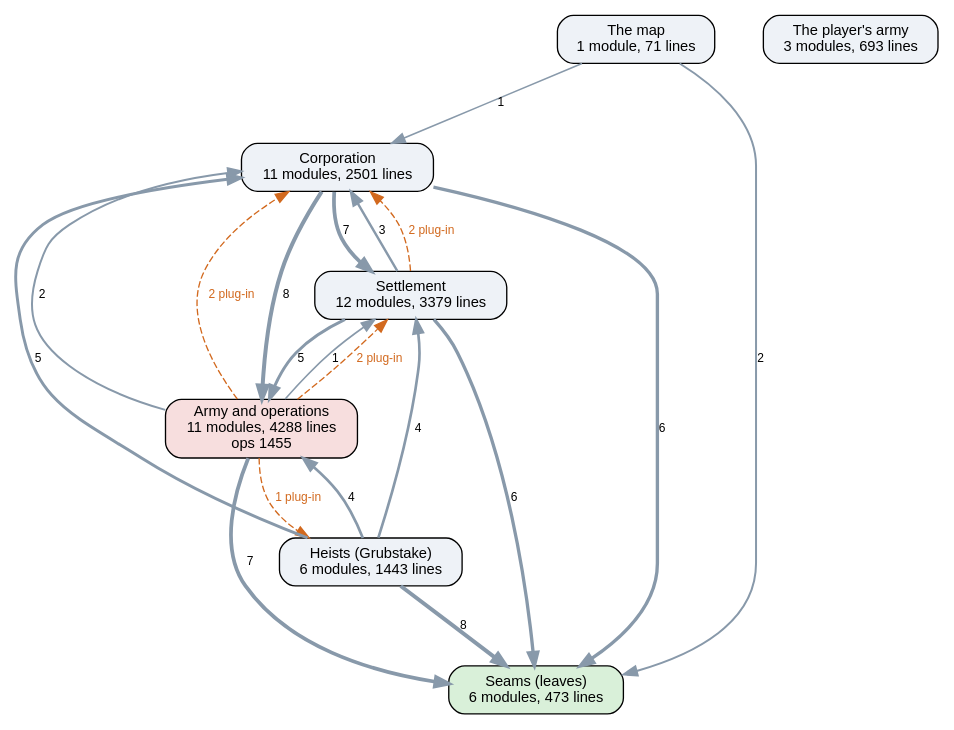
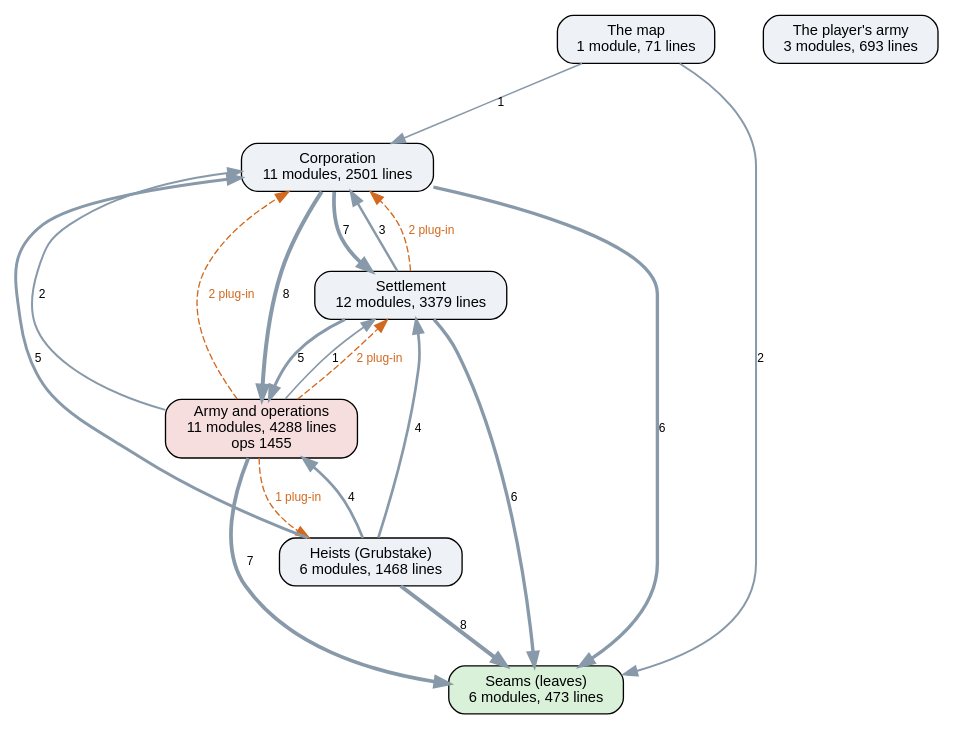
One commit to kinelhu/landing-party changed the diagram in docs/ai-layers.dot. Above: the diagram before and after it, drawn with Graphviz. The commit also changed 7 other files, not shown here.

```diff
--- a/docs/ai-layers.dot
+++ b/docs/ai-layers.dot
@@ -1,31 +1,31 @@
 digraph layers {
   graph [rankdir=TB, fontname="Helvetica", nodesep=0.5, ranksep=0.7];
   node [shape=box, style="rounded,filled", fontname="Helvetica", fontsize=11, fillcolor="#eef2f7"];
   edge [color="#8899aa", fontname="Helvetica", fontsize=9];
   "Seams (leaves)" [label="Seams (leaves)\n6 modules, 473 lines", fillcolor="#d9f0d9"];
   "Corporation" [label="Corporation\n11 modules, 2501 lines", fillcolor="#eef2f7"];
   "Settlement" [label="Settlement\n12 modules, 3379 lines", fillcolor="#eef2f7"];
   "Army and operations" [label="Army and operations\n11 modules, 4288 lines\nops 1455", fillcolor="#f7dede"];
-  "Heists (Grubstake)" [label="Heists (Grubstake)\n6 modules, 1443 lines", fillcolor="#eef2f7"];
+  "Heists (Grubstake)" [label="Heists (Grubstake)\n6 modules, 1468 lines", fillcolor="#eef2f7"];
   "The map" [label="The map\n1 module, 71 lines", fillcolor="#eef2f7"];
   "The player's army" [label="The player's army\n3 modules, 693 lines", fillcolor="#eef2f7"];
   "Army and operations" -> "Corporation" [label="2", penwidth=1.5];
   "Army and operations" -> "Seams (leaves)" [label="7", penwidth=2.8];
   "Army and operations" -> "Settlement" [label="1", penwidth=1.2];
   "Corporation" -> "Army and operations" [label="8", penwidth=3.0];
   "Corporation" -> "Seams (leaves)" [label="6", penwidth=2.5];
   "Corporation" -> "Settlement" [label="7", penwidth=2.8];
   "Heists (Grubstake)" -> "Army and operations" [label="4", penwidth=2.0];
   "Heists (Grubstake)" -> "Corporation" [label="5", penwidth=2.2];
   "Heists (Grubstake)" -> "Seams (leaves)" [label="8", penwidth=3.0];
   "Heists (Grubstake)" -> "Settlement" [label="4", penwidth=2.0];
   "Settlement" -> "Army and operations" [label="5", penwidth=2.2];
   "Settlement" -> "Corporation" [label="3", penwidth=1.8];
   "Settlement" -> "Seams (leaves)" [label="6", penwidth=2.5];
   "The map" -> "Corporation" [label="1", penwidth=1.2];
   "The map" -> "Seams (leaves)" [label="2", penwidth=1.5];
   "Army and operations" -> "Corporation" [style=dashed, color="#d2691e", fontcolor="#d2691e", label="2 plug-in"];
   "Army and operations" -> "Heists (Grubstake)" [style=dashed, color="#d2691e", fontcolor="#d2691e", label="1 plug-in"];
   "Army and operations" -> "Settlement" [style=dashed, color="#d2691e", fontcolor="#d2691e", label="2 plug-in"];
   "Settlement" -> "Corporation" [style=dashed, color="#d2691e", fontcolor="#d2691e", label="2 plug-in"];
 }
```
